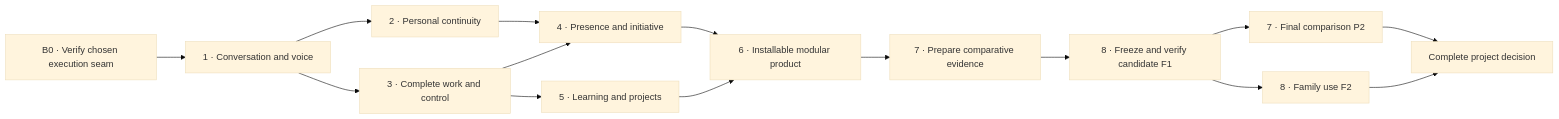
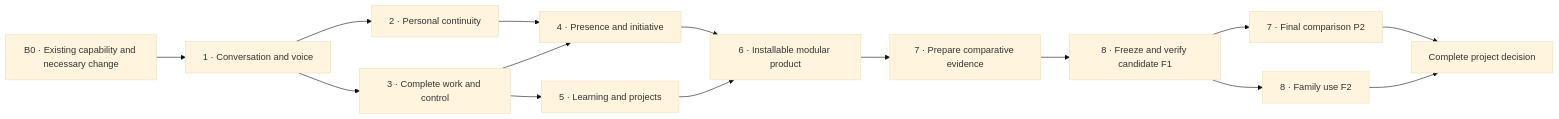
One commit to jaapfrank/eva changed the diagram in eva2/design/blueprint-2026-09-28/delivery-plan.md. Above: the diagram before and after it, drawn with Mermaid (base theme). The commit also changed other lines of this file and 13 other files, not shown here.

Commit message:
docs: ground Eva delivery work in existing capability evidence

````diff
--- a/eva2/design/blueprint-2026-09-28/delivery-plan.md
+++ b/eva2/design/blueprint-2026-09-28/delivery-plan.md
@@ -31,17 +31,17 @@
 ```mermaid
 flowchart LR
-  B0["B0 · Verify chosen execution seam"] --> A["1 · Conversation and voice"]
+  B0["B0 · Existing capability and necessary change"] --> A["1 · Conversation and voice"]
   A --> B["2 · Personal continuity"]
   A --> C["3 · Complete work and control"]
   B --> D["4 · Presence and initiative"]
   C --> D
   C --> E["5 · Learning and projects"]
   D --> F["6 · Installable modular product"]
   E --> F
   F --> G["7 · Prepare comparative evidence"]
   G --> H["8 · Freeze and verify candidate F1"]
   H --> P["7 · Final comparison P2"]
   H --> U["8 · Family use F2"]
   P --> Z["Complete project decision"]
   U --> Z
 ```
````
